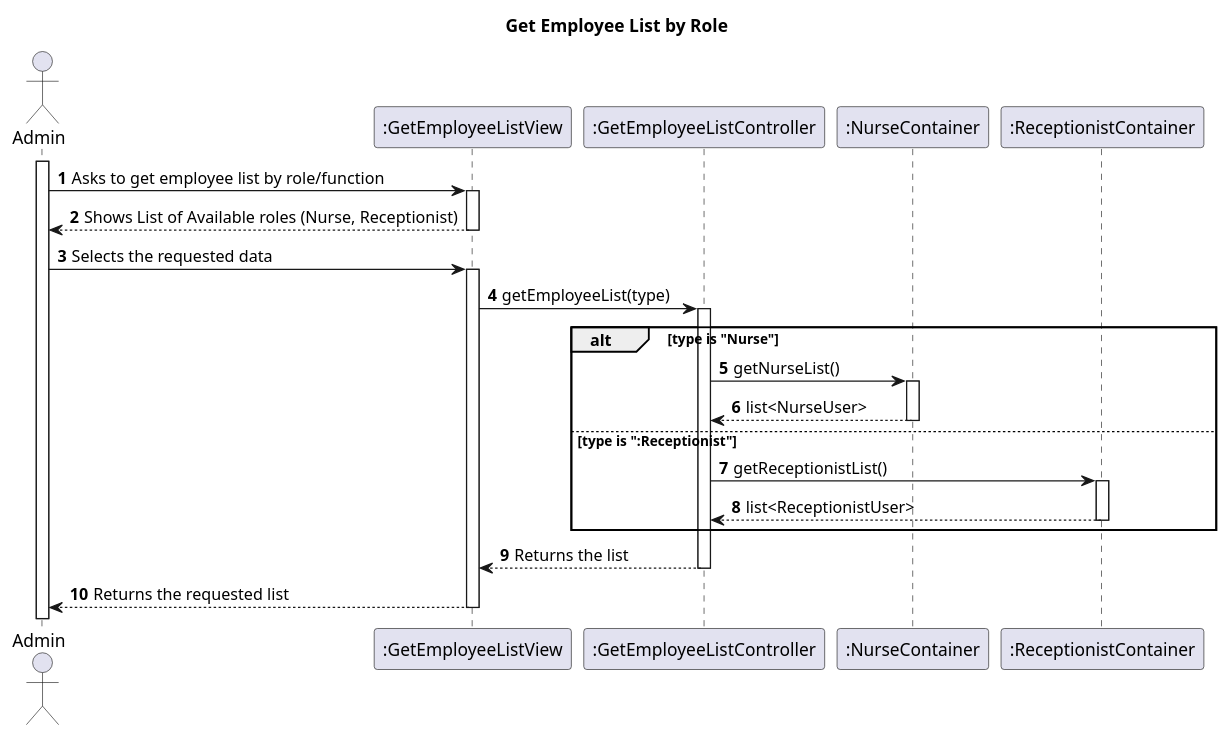
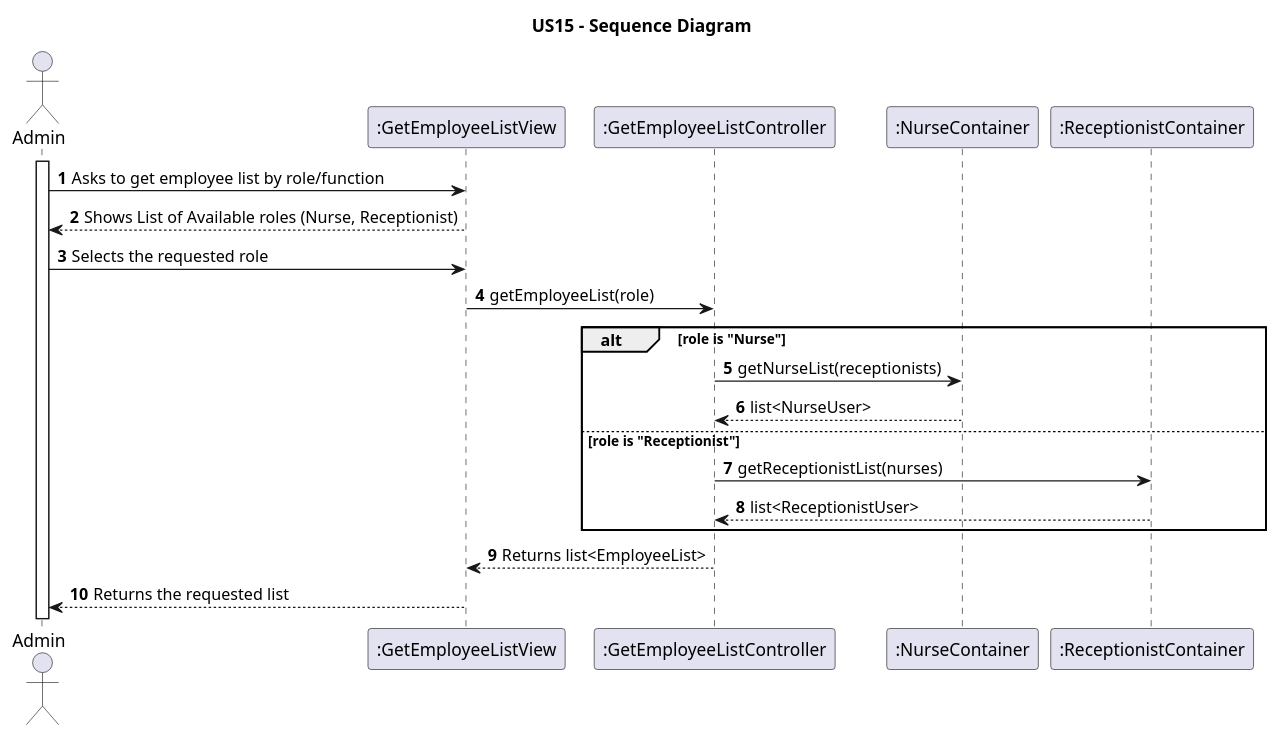
One commit to pedroguilherme-web/leti-esoft-25-26-A1 changed the diagram in docs/system-documentation/US15/puml/US15-SD.puml. Above: the diagram before and after it, drawn with PlantUML. The commit also changed 5 other files, not shown here.

```diff
--- a/docs/system-documentation/US15/puml/US15-SD.puml
+++ b/docs/system-documentation/US15/puml/US15-SD.puml
@@ -1,32 +1,29 @@
 @startuml
-'https://plantuml.com/sequence-diagram
+title US15 - Sequence Diagram
 
-title Get Employee List by Role
+actor "Admin" as Admin
+participant ":GetEmployeeListView" as View
+participant ":GetEmployeeListController" as Controller
+participant ":NurseContainer" as NurseRepo
+participant ":ReceptionistContainer" as RecRepo
 
-autoactivate on
 autonumber
 
-actor "Admin" as Admin
-participant ":GetEmployeeListView" as System
-participant ":GetEmployeeListController" as Ctrl
-participant ":NurseContainer" as C1
-participant ":ReceptionistContainer" as C2
+activate Admin
+Admin -> View: Asks to get employee list by role/function
+View --> Admin: Shows List of Available roles (Nurse, Receptionist)
+Admin -> View: Selects the requested role
+View -> Controller: getEmployeeList(role)
 
-activate Admin
+alt role is "Nurse"
+    Controller -> NurseRepo: getNurseList(receptionists)
+    NurseRepo --> Controller: list<NurseUser>
+else role is "Receptionist"
+    Controller -> RecRepo: getReceptionistList(nurses)
+    RecRepo --> Controller: list<ReceptionistUser>
+end
 
-Admin -> System: Asks to get employee list by role/function
-System --> Admin: Shows List of Available roles (Nurse, Receptionist)
-Admin -> System: Selects the requested data
-
-System -> Ctrl: getEmployeeList(type)
-alt type is "Nurse"
-    Ctrl -> C1: getNurseList()
-    C1 --> Ctrl: list<NurseUser>
-else type is ":Receptionist"
-    Ctrl -> C2: getReceptionistList()
-    C2 --> Ctrl: list<ReceptionistUser>
-end
-Ctrl --> System: Returns the list
-System --> Admin: Returns the requested list
+Controller --> View: Returns list<EmployeeList>
+View --> Admin: Returns the requested list
 
 @enduml
```
